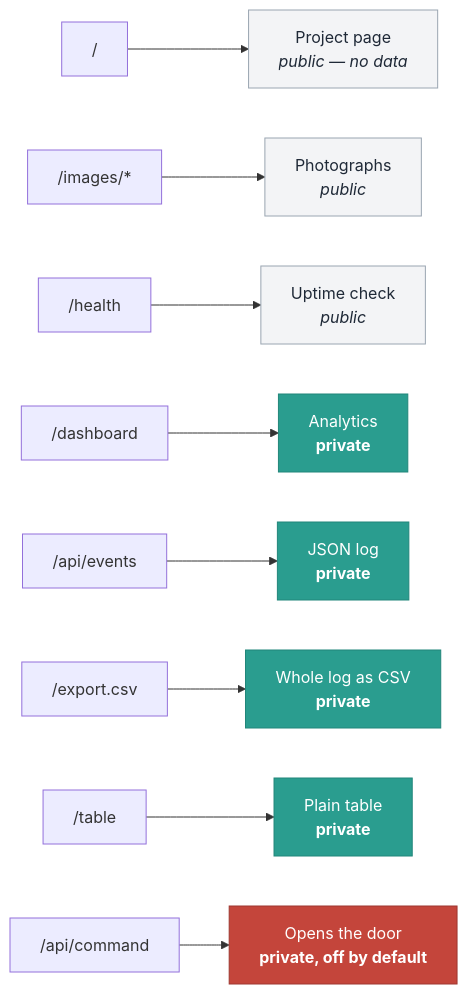
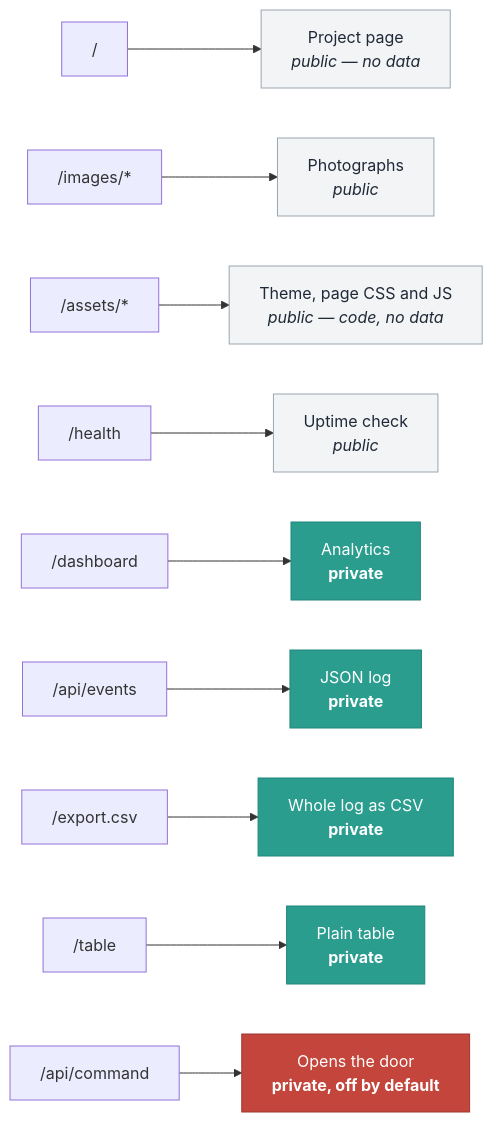
One commit to jchirayath/PetDoor changed the third of 3 diagrams in docs/WEB-DASHBOARD.md. Above: the diagram before and after it, drawn with Mermaid. The commit also changed other lines of this file and 13 other files, not shown here.

````diff
--- a/docs/WEB-DASHBOARD.md
+++ b/docs/WEB-DASHBOARD.md
@@ -169,20 +169,22 @@
 ```mermaid
 flowchart LR
     P["/"] --> PD["Project page<br/><i>public — no data</i>"]
     I["/images/*"] --> ID["Photographs<br/><i>public</i>"]
+    S["/assets/*"] --> SD["Theme, page CSS and JS<br/><i>public — code, no data</i>"]
     H["/health"] --> HD["Uptime check<br/><i>public</i>"]
     R["/dashboard"] --> RD["Analytics<br/><b>private</b>"]
     A["/api/events"] --> AD["JSON log<br/><b>private</b>"]
     C["/export.csv"] --> CD["Whole log as CSV<br/><b>private</b>"]
     T["/table"] --> TD["Plain table<br/><b>private</b>"]
     M["/api/command"] --> MD["Opens the door<br/><b>private, off by default</b>"]
 
     style PD fill:#f3f4f6,stroke:#9AA5B1,color:#1f2937
     style ID fill:#f3f4f6,stroke:#9AA5B1,color:#1f2937
+    style SD fill:#f3f4f6,stroke:#9AA5B1,color:#1f2937
     style HD fill:#f3f4f6,stroke:#9AA5B1,color:#1f2937
     style RD fill:#2A9D8F,stroke:#21867A,color:#ffffff
     style AD fill:#2A9D8F,stroke:#21867A,color:#ffffff
     style CD fill:#2A9D8F,stroke:#21867A,color:#ffffff
     style TD fill:#2A9D8F,stroke:#21867A,color:#ffffff
     style MD fill:#C4453B,stroke:#9E3730,color:#ffffff
 ```
````
